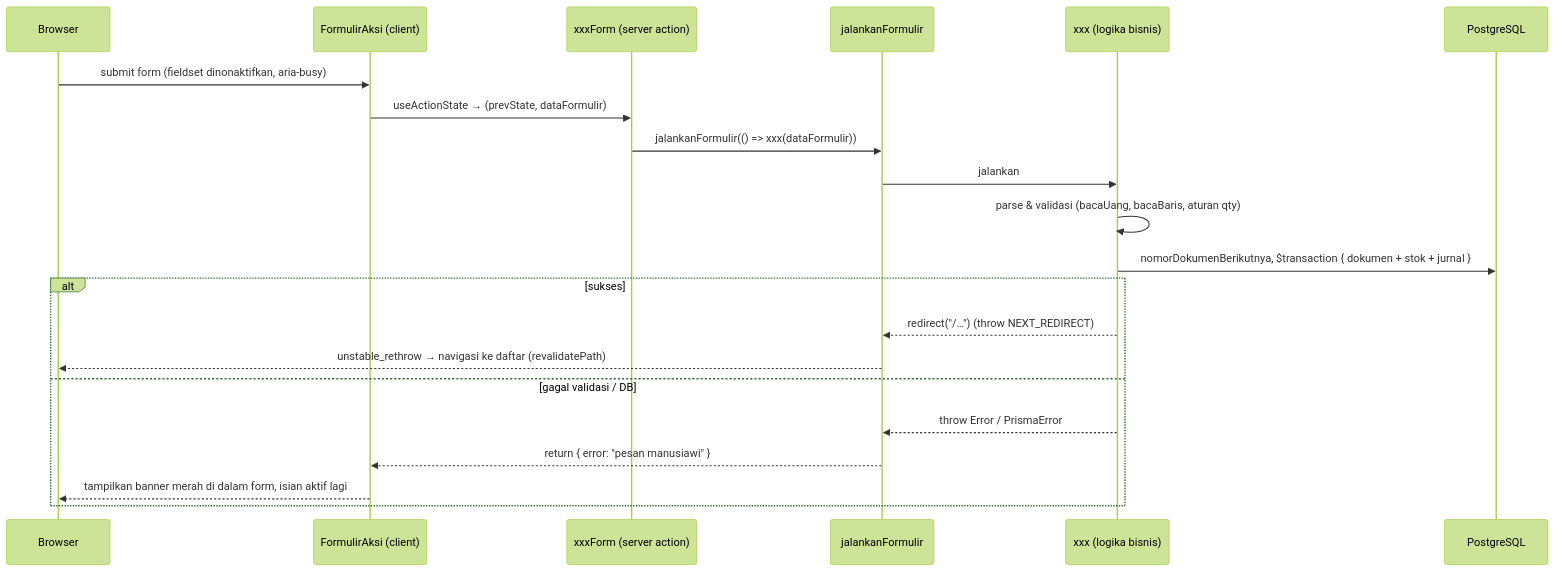
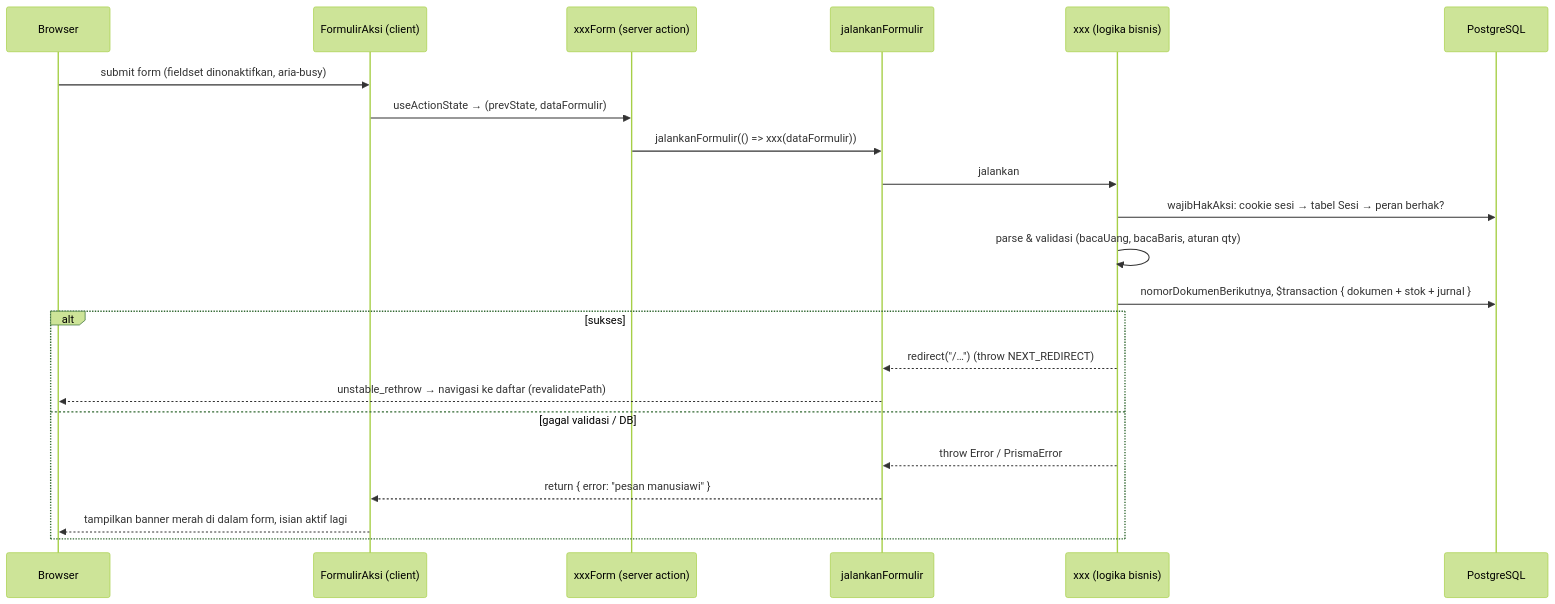
Before and after one commit to dreinst/accuratecopy: the sixth of 6 diagrams in ARCHITECTURE.md, drawn with Mermaid (forest theme). The commit also changed other lines of this file and 133 other files, not shown here.

````diff
--- a/ARCHITECTURE.md
+++ b/ARCHITECTURE.md
@@ -271,24 +300,25 @@
 ```mermaid
 sequenceDiagram
     participant U as Browser
     participant AF as FormulirAksi (client)
     participant SA as xxxForm (server action)
     participant RF as jalankanFormulir
     participant X as xxx (logika bisnis)
     participant DB as PostgreSQL
 
     U->>AF: submit form (fieldset dinonaktifkan, aria-busy)
     AF->>SA: useActionState → (prevState, dataFormulir)
     SA->>RF: jalankanFormulir(() => xxx(dataFormulir))
     RF->>X: jalankan
+    X->>DB: wajibHakAksi: cookie sesi → tabel Sesi → peran berhak?
     X->>X: parse & validasi (bacaUang, bacaBaris, aturan qty)
     X->>DB: nomorDokumenBerikutnya, $transaction { dokumen + stok + jurnal }
     alt sukses
         X-->>RF: redirect("/…") (throw NEXT_REDIRECT)
         RF-->>U: unstable_rethrow → navigasi ke daftar (revalidatePath)
     else gagal validasi / DB
         X-->>RF: throw Error / PrismaError
         RF-->>AF: return { error: "pesan manusiawi" }
         AF-->>U: tampilkan banner merah di dalam form, isian aktif lagi
     end
 ```
````
